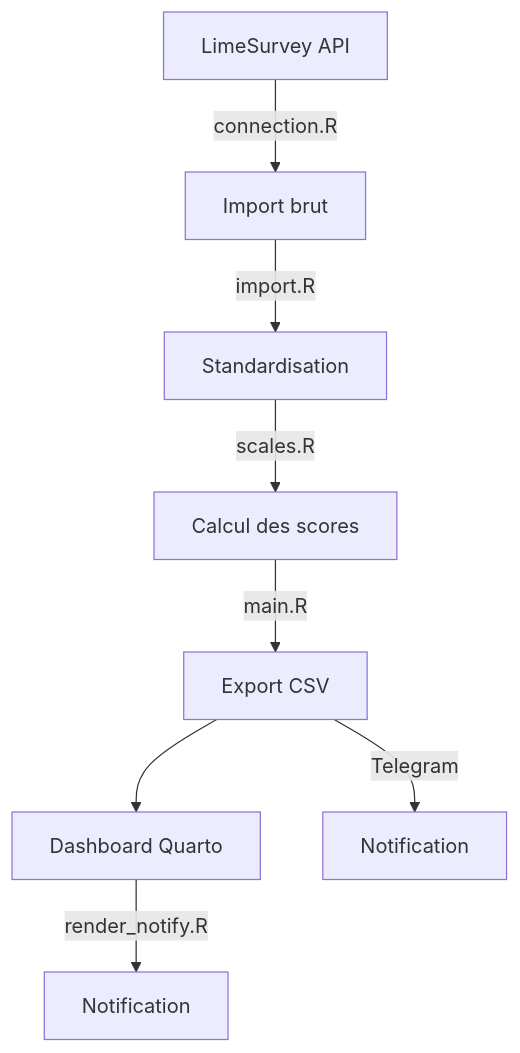
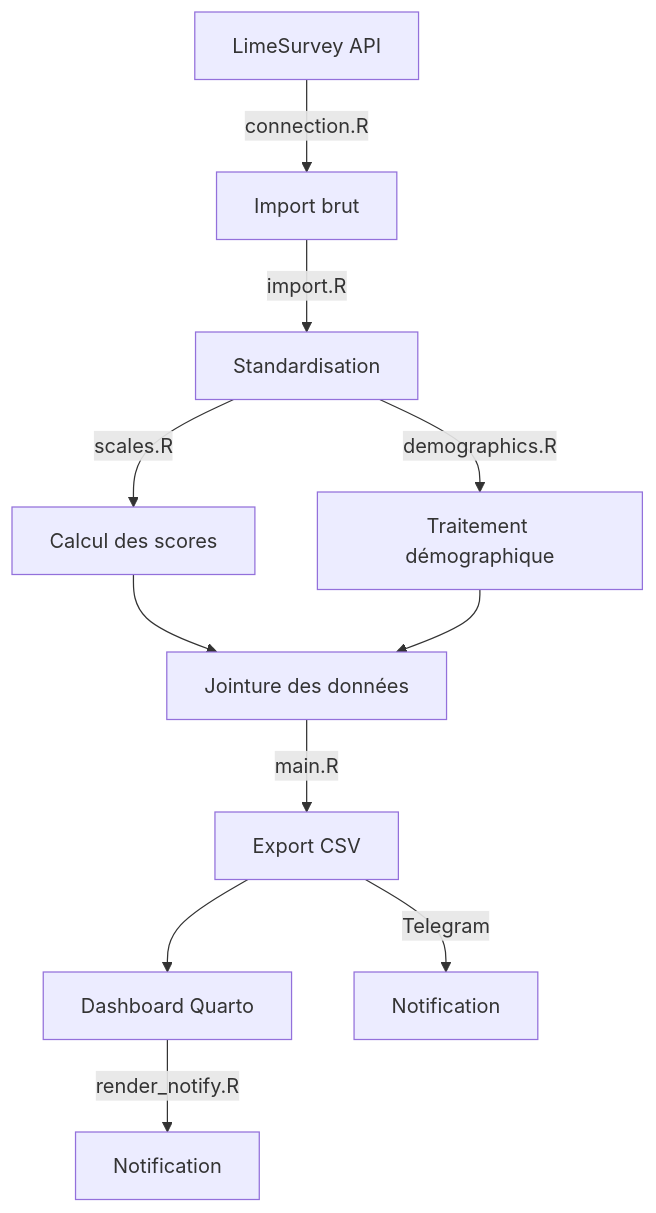
One commit to bresnico/macro-dashboard changed the first of 2 diagrams in readme.md. Above: the diagram before and after it, drawn with Mermaid. The commit also changed other lines of this file, not shown here.

Commit message:
update readme pour demographics

````diff
--- a/readme.md
+++ b/readme.md
@@ -123,10 +124,13 @@
 ```mermaid
 flowchart TD
     A[LimeSurvey API] -->|connection.R| B[Import brut]
     B -->|import.R| C[Standardisation]
     C -->|scales.R| D[Calcul des scores]
-    D -->|main.R| E[Export CSV]
-    E --> F[Dashboard Quarto]
-    E -->|Telegram| G[Notification]
-    F -->|render_notify.R| H[Notification]
+    C -->|demographics.R| E[Traitement démographique] 
+    D --> F[Jointure des données]
+    E --> F
+    F -->|main.R| G[Export CSV]
+    G --> H[Dashboard Quarto]
+    G -->|Telegram| I[Notification]
+    H -->|render_notify.R| J[Notification]
 ```
````
